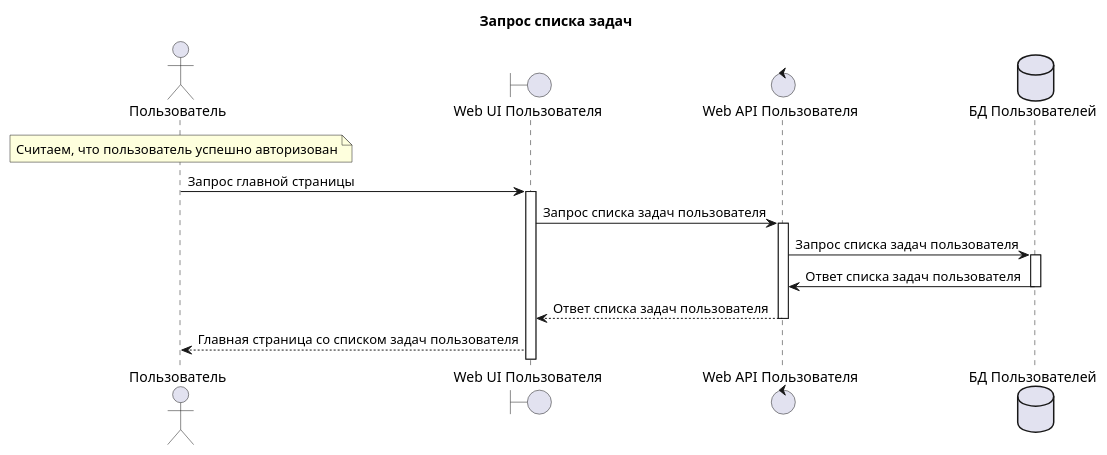
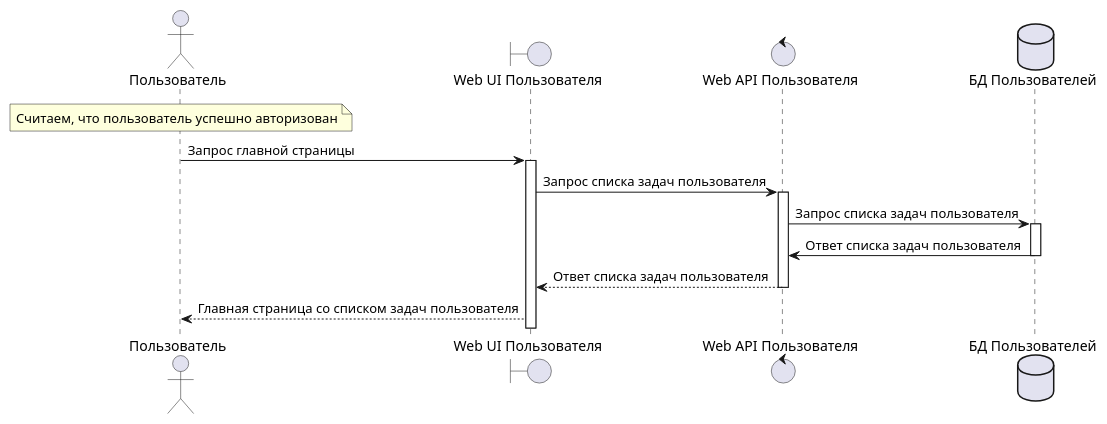
Before and after one commit to mrypdm/JobSystem: the fourth of 5 diagrams in docs/diagrams/sequence/User.WebApp.puml, drawn with PlantUML. The commit also changed other lines of this file and 19 other files, not shown here.

```diff
--- a/docs/diagrams/sequence/User.WebApp.puml
+++ b/docs/diagrams/sequence/User.WebApp.puml
@@ -150,19 +144,17 @@
 @startuml User jobs list
-
-title Запрос списка задач
 
 actor Пользователь as USER
 note over USER: Считаем, что пользователь успешно авторизован
 
 boundary "Web UI Пользователя" as UI
 control "Web API Пользователя" as API
 database "БД Пользователей" as DB
 
 USER -> UI++: Запрос главной страницы
 UI -> API++: Запрос списка задач пользователя
 API -> DB++: Запрос списка задач пользователя
 DB -> API--: Ответ списка задач пользователя
 API --> UI--: Ответ списка задач пользователя
 UI --> USER: Главная страница со списком задач пользователя
 
 @enduml
```
